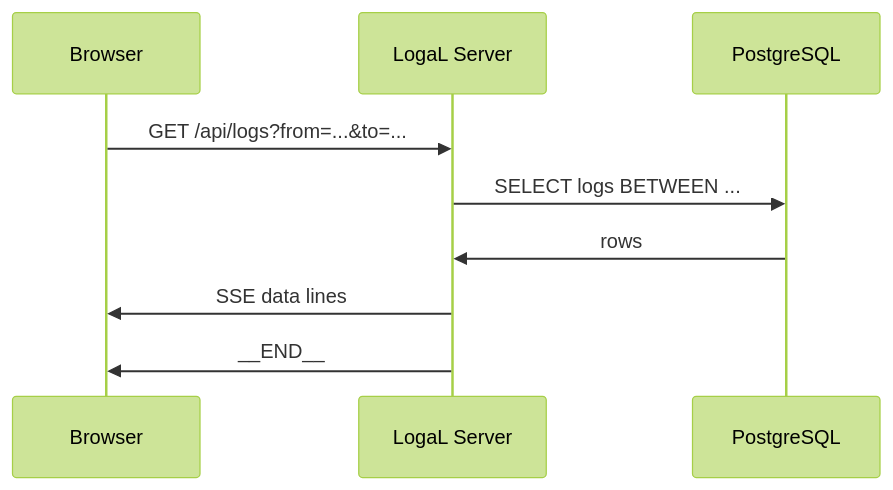
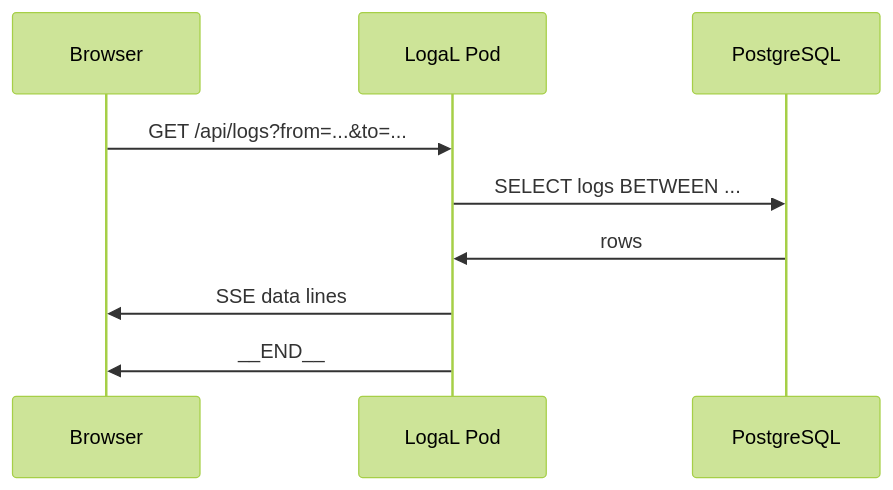
The fourth of 4 diagrams in README.md (mtommyp14/LogaL), drawn with Mermaid (forest theme) before and after one commit. The commit also changed other lines of this file and 1 other file, not shown here.

````diff
--- a/README.md
+++ b/README.md
@@ -146,12 +122,12 @@
 ```mermaid
 sequenceDiagram
     participant U as Browser
-    participant L as LogaL Server
+    participant L as LogaL Pod
     participant D as PostgreSQL
 
     U->>L: GET /api/logs?from=...&to=...
     L->>D: SELECT logs BETWEEN ...
     D->>L: rows
     L->>U: SSE data lines
     L->>U: __END__
 ```
````
